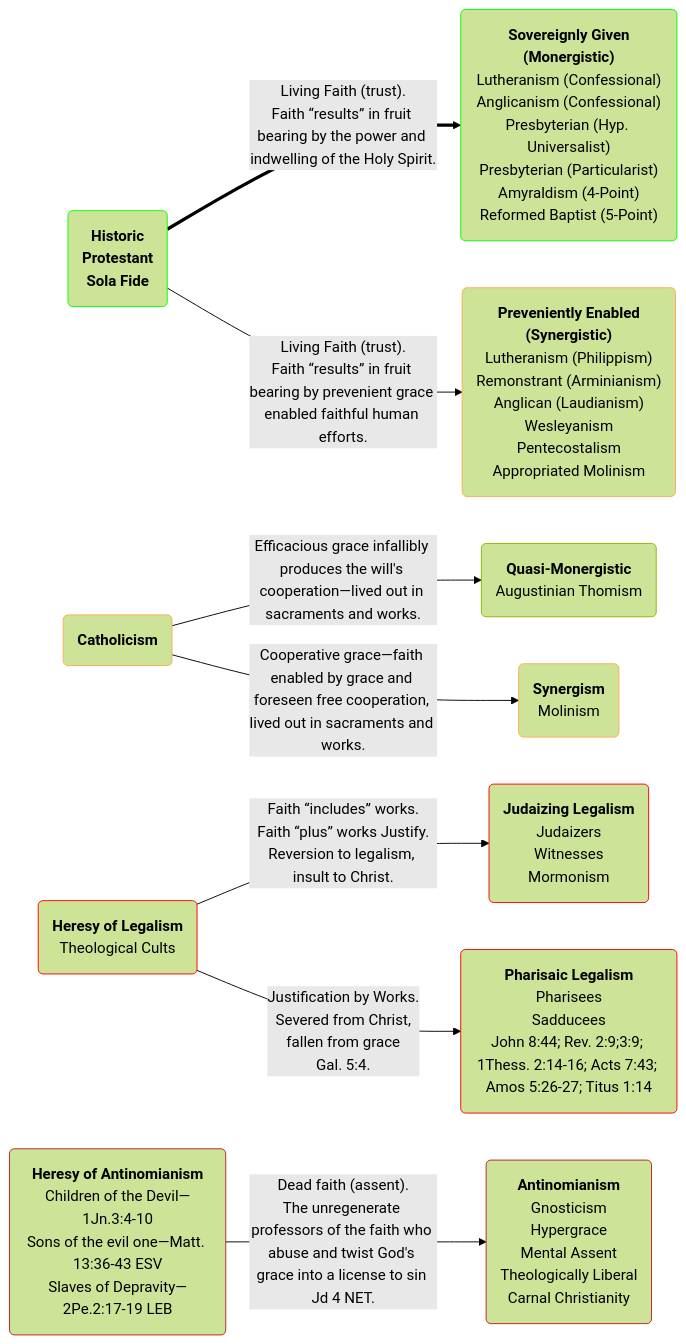
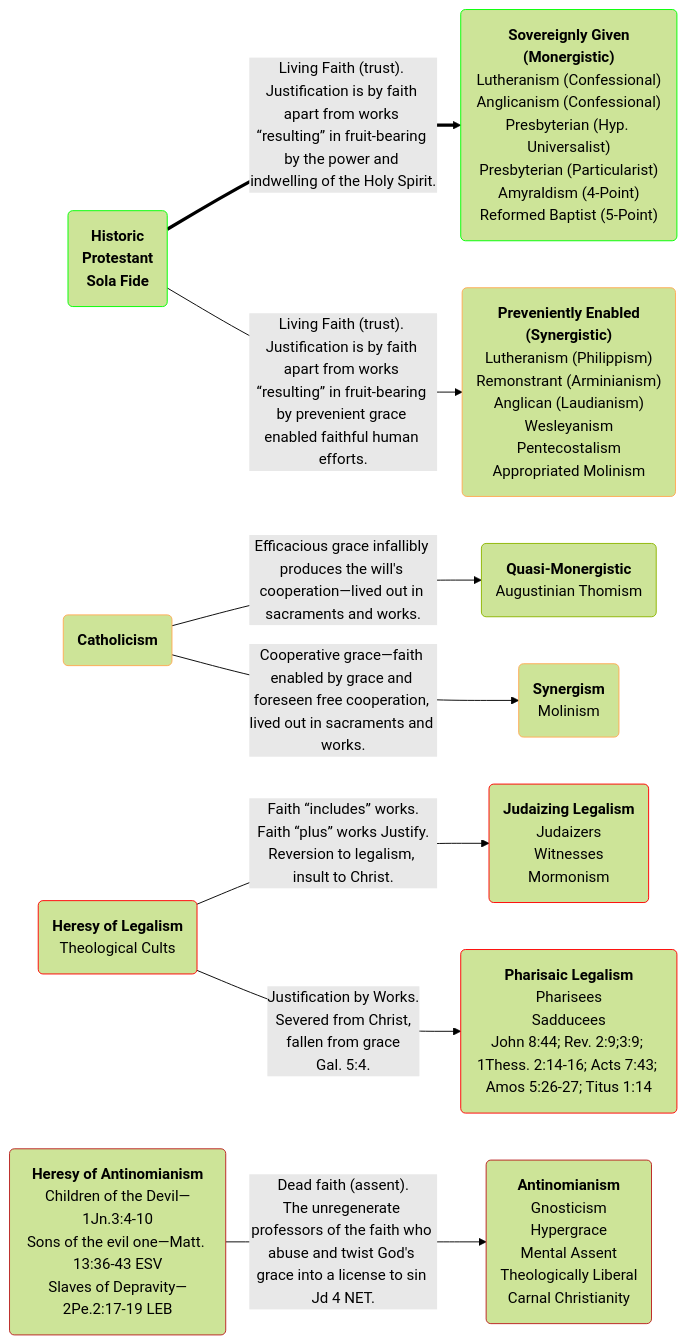
Before and after one commit to OrdoLuminis/ordoluminis.github.io: the first of 3 diagrams in _posts/2025-08-03-historic-protestant-position.markdown, drawn with Mermaid (forest theme). The commit also changed other lines of this file, not shown here.

````diff
--- a/_posts/2025-08-03-historic-protestant-position.markdown
+++ b/_posts/2025-08-03-historic-protestant-position.markdown
@@ -55,21 +55,21 @@
 ```mermaid
 flowchart LR
     A(<strong>Historic<br>Protestant<br>Sola Fide</strong>):::green
     B(<strong>Catholicism</strong>):::orange
     C(<strong>Heresy of Legalism</strong><br>Theological Cults):::red
     D(<strong>Heresy of Antinomianism</strong><br>Children of the Devil&mdash;1Jn.3:4-10<br>Sons of the evil one&mdash;Matt. 13:36-43 ESV<br>Slaves of Depravity&mdash;2Pe.2:17-19 LEB):::firebrick
-    A ==>|Living Faith &lpar;trust&rpar;.<br>Faith &ldquo;results&rdquo; in fruit bearing by the power and indwelling of the Holy Spirit.| G(<strong>Sovereignly Given<br>&lpar;Monergistic&rpar;</strong><br>Lutheranism &lpar;Confessional&rpar;<br>Anglicanism &lpar;Confessional&rpar;<br>Presbyterian &lpar;Hyp. Universalist&rpar;<br>Presbyterian &lpar;Particularist&rpar;<br>Amyraldism &lpar;4-Point&rpar;<br>Reformed Baptist &lpar;5-Point&rpar;):::green
-    A -->|Living Faith &lpar;trust&rpar;.<br>Faith &ldquo;results&rdquo; in fruit bearing by prevenient grace enabled faithful human efforts.| H(<strong>Preveniently Enabled<br>&lpar;Synergistic&rpar;</strong><br>Lutheranism &lpar;Philippism&rpar;<br>Remonstrant &lpar;Arminianism&rpar;<br>Anglican &lpar;Laudianism&rpar;<br>Wesleyanism<br>Pentecostalism<br>Appropriated Molinism):::orange
+    A ==>|Living Faith &lpar;trust&rpar;. Justification is by faith apart from works &ldquo;resulting&rdquo; in fruit-bearing by the power and indwelling of the Holy Spirit.| G(<strong>Sovereignly Given<br>&lpar;Monergistic&rpar;</strong><br>Lutheranism &lpar;Confessional&rpar;<br>Anglicanism &lpar;Confessional&rpar;<br>Presbyterian &lpar;Hyp. Universalist&rpar;<br>Presbyterian &lpar;Particularist&rpar;<br>Amyraldism &lpar;4-Point&rpar;<br>Reformed Baptist &lpar;5-Point&rpar;):::green
+    A -->|Living Faith &lpar;trust&rpar;. Justification is by faith apart from works &ldquo;resulting&rdquo; in fruit-bearing by prevenient grace enabled faithful human efforts.| H(<strong>Preveniently Enabled<br>&lpar;Synergistic&rpar;</strong><br>Lutheranism &lpar;Philippism&rpar;<br>Remonstrant &lpar;Arminianism&rpar;<br>Anglican &lpar;Laudianism&rpar;<br>Wesleyanism<br>Pentecostalism<br>Appropriated Molinism):::orange
     B -->|Efficacious grace infallibly produces the will's cooperation&mdash;lived out in sacraments and works.| N(<strong>Quasi-Monergistic</strong><br>Augustinian Thomism):::yellowgreen
     B -->|Cooperative grace&mdash;faith enabled by grace and foreseen free cooperation, lived out in sacraments and works.| I(<strong>Synergism</strong><br>Molinism):::orange
     C -->|Faith &ldquo;includes&rdquo; works.<br>Faith &ldquo;plus&rdquo; works Justify.<br>Reversion to legalism, insult to Christ.| J(<strong>Judaizing Legalism</strong><br>Judaizers<br>Witnesses<br>Mormonism):::red
     C -->|Justification by Works.<br>Severed from Christ,<br>fallen from grace<br>Gal. 5:4.| K(<strong>Pharisaic Legalism</strong><br>Pharisees<br>Sadducees<br>John 8:44; Rev. 2:9;3:9; 1Thess. 2:14-16; Acts 7:43; Amos 5:26-27; Titus 1:14):::red
     D -->|Dead faith &lpar;assent&rpar;.<br>The unregenerate professors of the faith who abuse and twist God's grace into a license to sin Jd 4 NET.| L(<strong>Antinomianism</strong><br>Gnosticism<br>Hypergrace<br>Mental Assent<br>Theologically Liberal<br>Carnal Christianity):::firebrick
     classDef red stroke:#f00
     classDef green stroke:#0f0
     classDef yellowgreen stroke:#8db600
     classDef orange stroke:#fa5
     classDef firebrick stroke:#b22
     classDef darkred stroke:#8B0000
     classDef darkerred stroke:#701705
 ```
````
